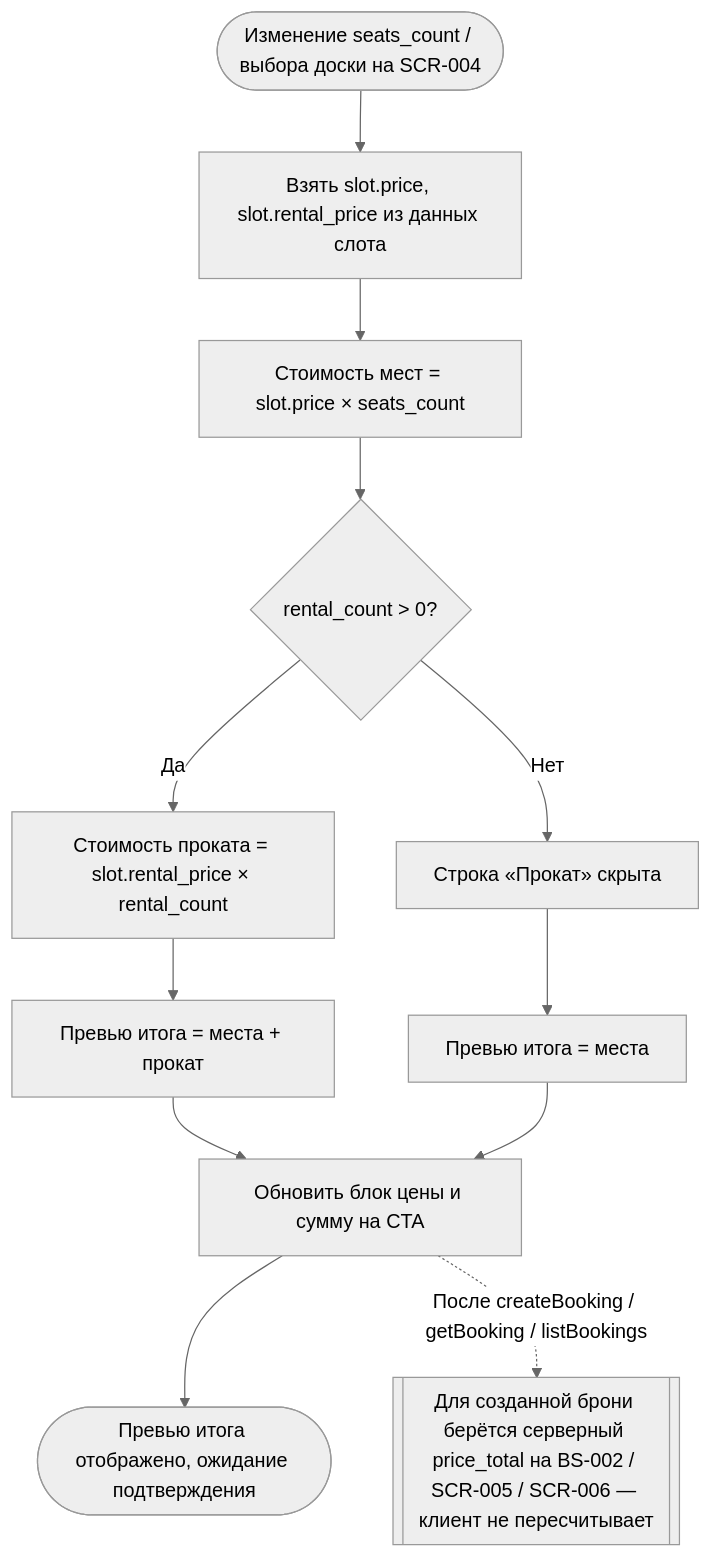
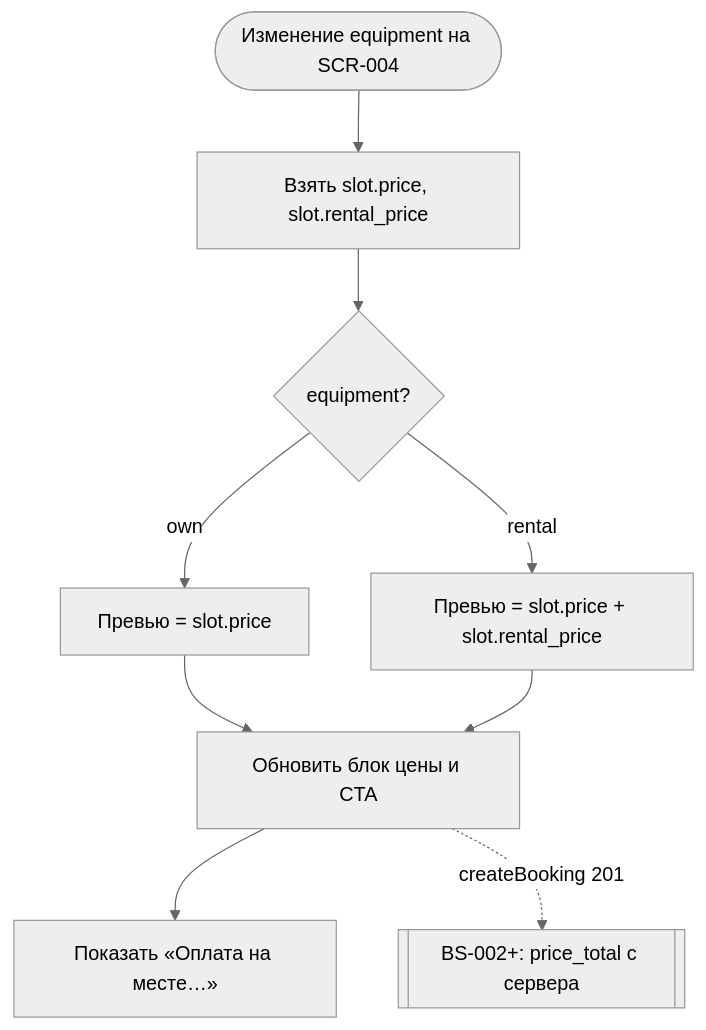
Before and after one commit to Iren0708/SurfProjctClimbing: the diagram in 01-analysis/5-mobile-app-spec/09_Логики/LOGIC-003_Расчёт-цены-брони.md, drawn with Mermaid (neutral theme). The commit also changed other lines of this file and 87 other files, not shown here.

````diff
--- a/01-analysis/5-mobile-app-spec/09_Логики/LOGIC-003_Расчёт-цены-брони.md
+++ b/01-analysis/5-mobile-app-spec/09_Логики/LOGIC-003_Расчёт-цены-брони.md
@@ -88,18 +75,14 @@
 ```mermaid
 flowchart TD
-    Start([Изменение seats_count / выбора доски на SCR-004]) --> GetData[Взять slot.price, slot.rental_price из данных слота]
-    GetData --> CalcSeats[Стоимость мест = slot.price × seats_count]
-    CalcSeats --> CheckRental{rental_count > 0?}
+    Start([Изменение equipment на SCR-004]) --> GetData[Взять slot.price, slot.rental_price]
+    GetData --> Choice{equipment?}
 
-    CheckRental -->|Да| CalcRental[Стоимость проката = slot.rental_price × rental_count]
-    CheckRental -->|Нет| SkipRental[Строка «Прокат» скрыта]
+    Choice -->|own| OwnPrice[Превью = slot.price]
+    Choice -->|rental| RentPrice[Превью = slot.price + slot.rental_price]
 
-    CalcRental --> Sum[Превью итога = места + прокат]
-    SkipRental --> SumOnly[Превью итога = места]
+    OwnPrice --> Render[Обновить блок цены и CTA]
+    RentPrice --> Render
+    Render --> Offline[Показать «Оплата на месте…»]
 
-    Sum --> Render[Обновить блок цены и сумму на CTA]
-    SumOnly --> Render
-    Render --> End([Превью итога отображено, ожидание подтверждения])
-
-    Render -.->|После createBooking / getBooking / listBookings| Server[[Для созданной брони берётся серверный price_total на BS-002 / SCR-005 / SCR-006 — клиент не пересчитывает]]
+    Render -.->|createBooking 201| Server[[BS-002+: price_total с сервера]]
 ```
````
